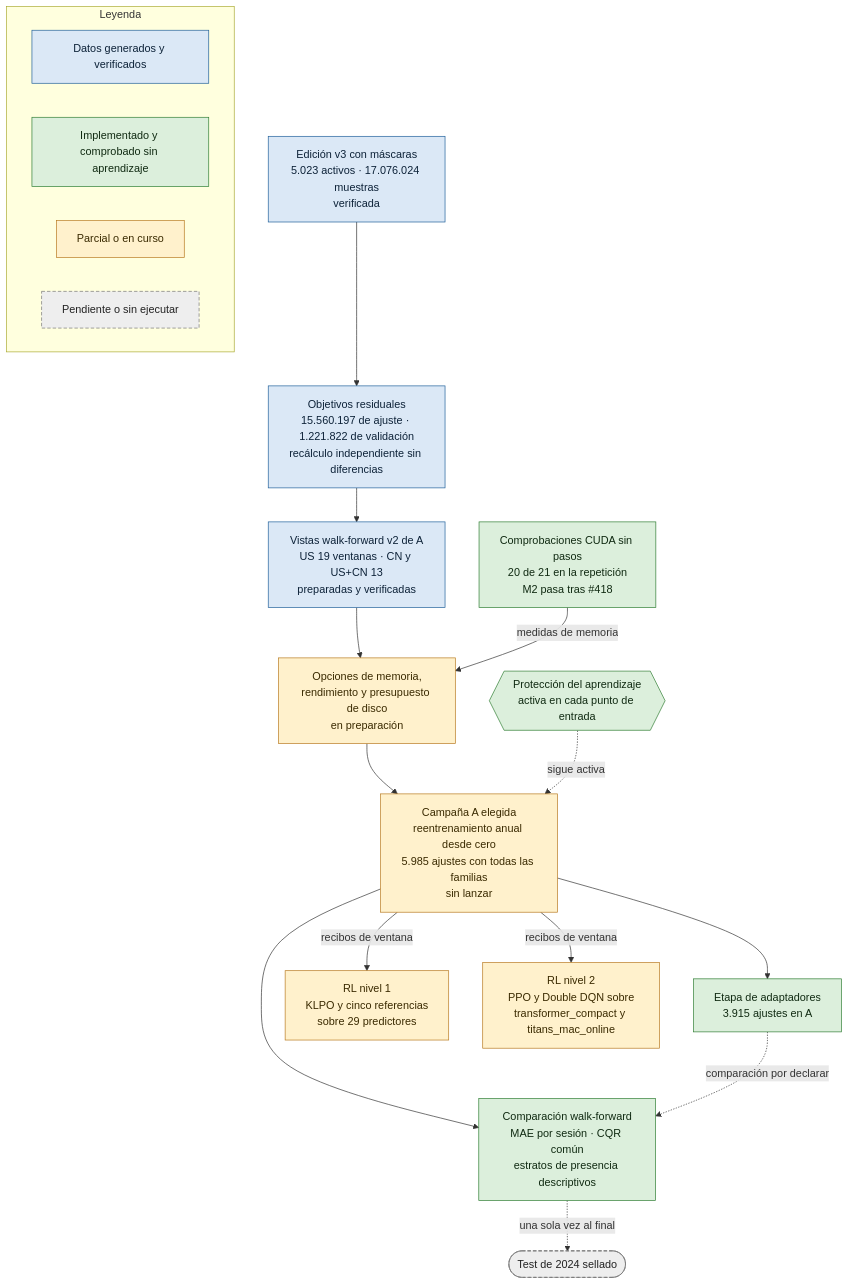
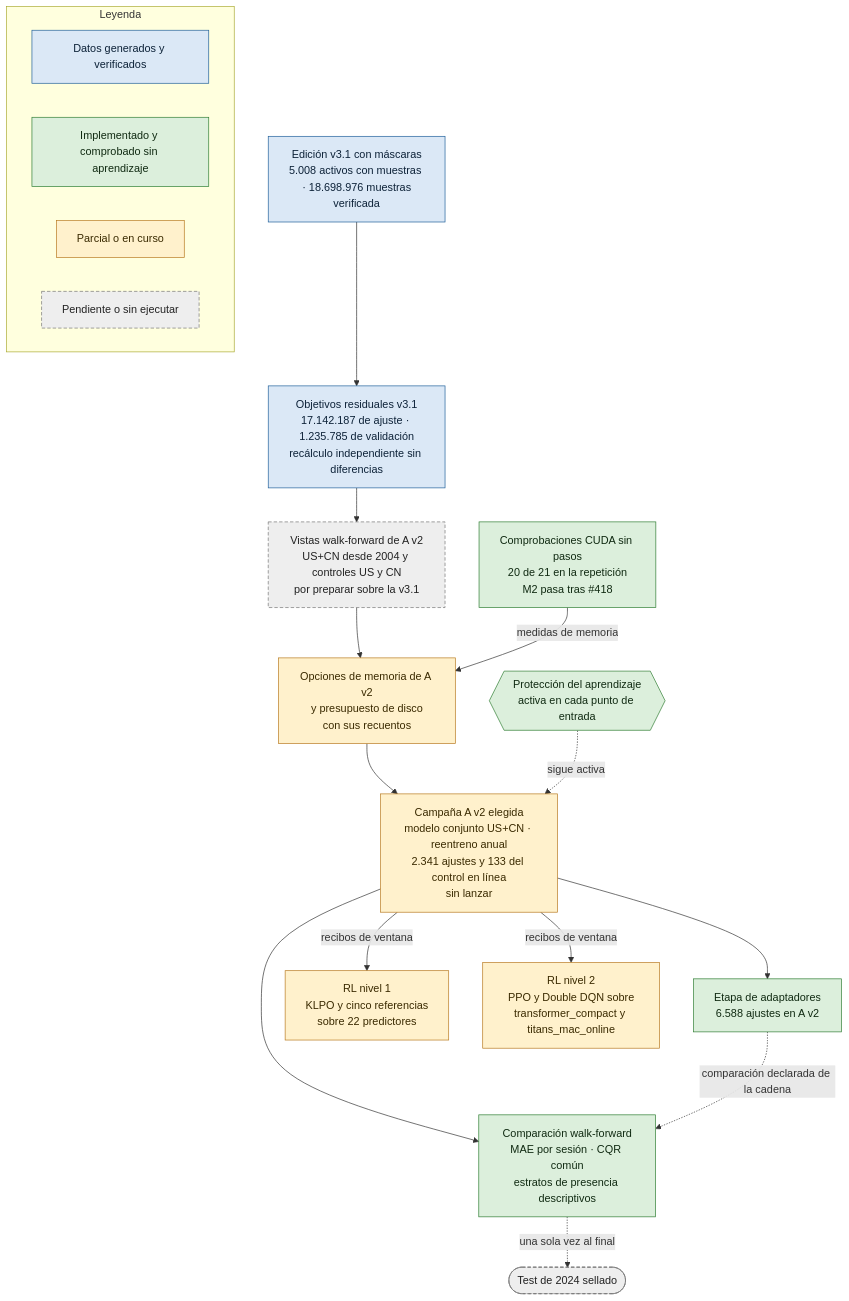
The first of 3 diagrams in README.md (GonxKZ/mars-titan), drawn with Mermaid before and after one commit. The commit also changed other lines of this file and 1 other file, not shown here.

````diff
--- a/README.md
+++ b/README.md
@@ -37,37 +37,37 @@
 ```mermaid
 flowchart TD
-    E["Edición v3 con máscaras<br/>5.023 activos · 17.076.024 muestras<br/>verificada"]:::ejecutado
-    O["Objetivos residuales<br/>15.560.197 de ajuste · 1.221.822 de validación<br/>recálculo independiente sin diferencias"]:::ejecutado
+    E["Edición v3.1 con máscaras<br/>5.008 activos con muestras · 18.698.976 muestras<br/>verificada"]:::ejecutado
+    O["Objetivos residuales v3.1<br/>17.142.187 de ajuste · 1.235.785 de validación<br/>recálculo independiente sin diferencias"]:::ejecutado
     H{{"Protección del aprendizaje<br/>activa en cada punto de entrada"}}:::comprobado
-    W["Vistas walk-forward v2 de A<br/>US 19 ventanas · CN y US+CN 13<br/>preparadas y verificadas"]:::ejecutado
+    W["Vistas walk-forward de A v2<br/>US+CN desde 2004 y controles US y CN<br/>por preparar sobre la v3.1"]:::pendiente
     K["Comprobaciones CUDA sin pasos<br/>20 de 21 en la repetición<br/>M2 pasa tras #418"]:::comprobado
-    Q["Opciones de memoria,<br/>rendimiento y presupuesto de disco<br/>en preparación"]:::parcial
-    A["Campaña A elegida<br/>reentrenamiento anual desde cero<br/>5.985 ajustes con todas las familias<br/>sin lanzar"]:::parcial
-    P["Etapa de adaptadores<br/>3.915 ajustes en A"]:::comprobado
-    R1["RL nivel 1<br/>KLPO y cinco referencias<br/>sobre 29 predictores"]:::parcial
+    Q["Opciones de memoria de A v2<br/>y presupuesto de disco<br/>con sus recuentos"]:::parcial
+    A["Campaña A v2 elegida<br/>modelo conjunto US+CN · reentreno anual<br/>2.341 ajustes y 133 del control en línea<br/>sin lanzar"]:::parcial
+    P["Etapa de adaptadores<br/>6.588 ajustes en A v2"]:::comprobado
+    R1["RL nivel 1<br/>KLPO y cinco referencias<br/>sobre 22 predictores"]:::parcial
     R2["RL nivel 2<br/>PPO y Double DQN sobre<br/>transformer_compact y titans_mac_online"]:::parcial
     C["Comparación walk-forward<br/>MAE por sesión · CQR común<br/>estratos de presencia descriptivos"]:::comprobado
     T(["Test de 2024 sellado"]):::pendiente
 
     E --> O --> W --> Q --> A
     K -- medidas de memoria --> Q
     H -. sigue activa .-> A
     A --> P
     A -- recibos de ventana --> R1
     A -- recibos de ventana --> R2
     A --> C
-    P -. comparación por declarar .-> C
+    P -. comparación declarada de la cadena .-> C
     C -. una sola vez al final .-> T
 
     subgraph LEY["Leyenda"]
         L0["Datos generados y verificados"]:::ejecutado
         L1["Implementado y comprobado sin aprendizaje"]:::comprobado
         L2["Parcial o en curso"]:::parcial
         L3["Pendiente o sin ejecutar"]:::pendiente
     end
 
     classDef ejecutado fill:#dbe8f6,stroke:#1f5f99,color:#0d2238
     classDef comprobado fill:#dcefdc,stroke:#2e7d32,color:#102a12
     classDef parcial fill:#fff1cc,stroke:#b7791f,color:#3a2a00
     classDef pendiente fill:#eeeeee,stroke:#757575,color:#222222,stroke-dasharray:5 3
 ```
````
